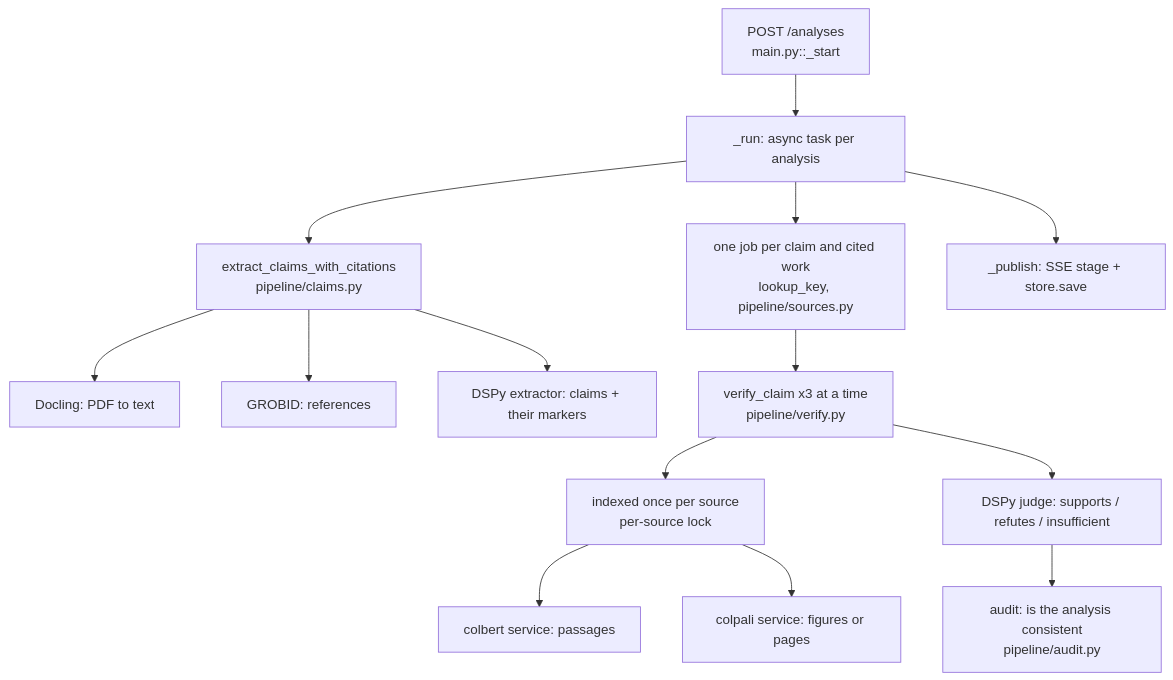
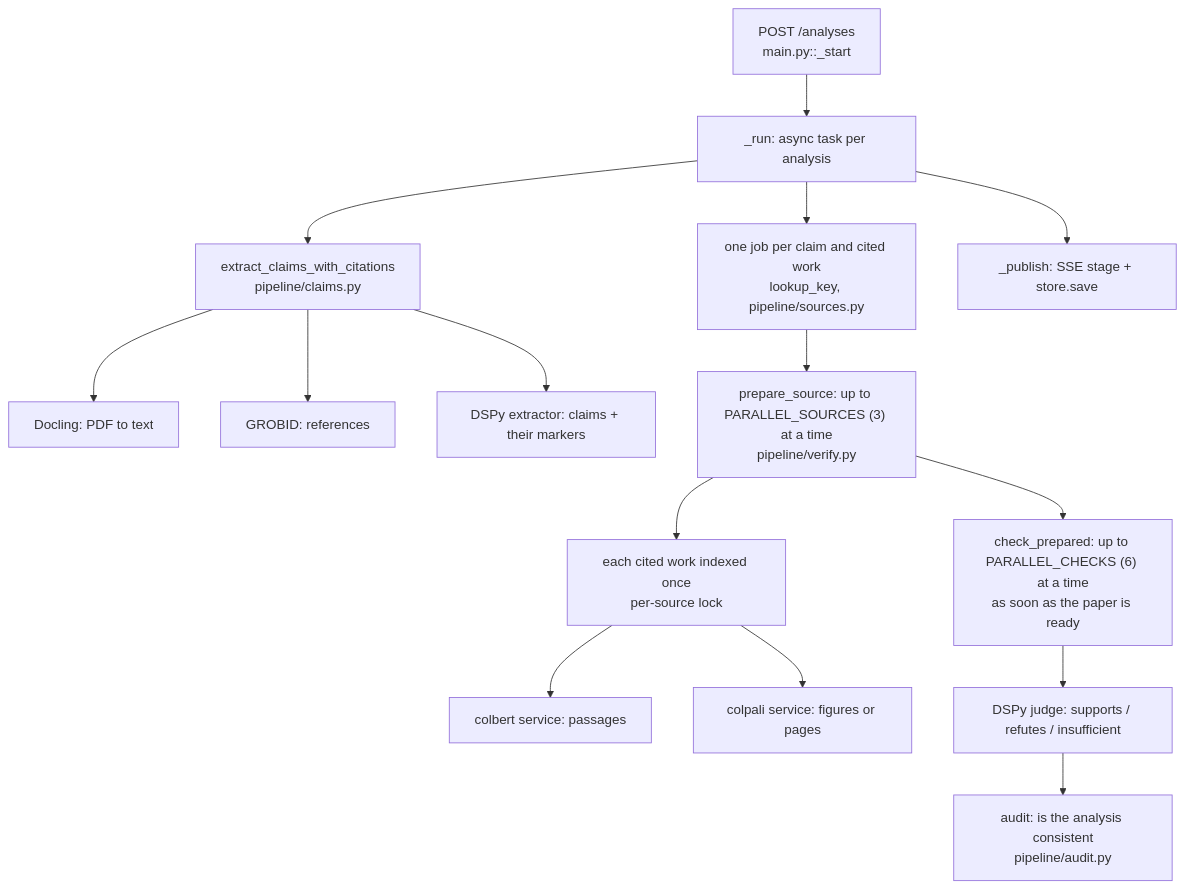
One commit to ZenithGeeks/SecretSource-prototype changed the first of 4 diagrams in ARCHITECTURE.md. Above: the diagram before and after it, drawn with Mermaid. The commit also changed other lines of this file and 7 other files, not shown here.

First line of the commit message:
docs(SCRUM-169): plain README and architecture notes, DSPy explained, screenshots and logo

````diff
--- a/ARCHITECTURE.md
+++ b/ARCHITECTURE.md
@@ -29,16 +29,17 @@
 ```mermaid
 flowchart TD
     POST["POST /analyses<br/>main.py::_start"] --> RUN["_run: async task per analysis"]
     RUN --> EXTRACT["extract_claims_with_citations<br/>pipeline/claims.py"]
     EXTRACT --> DOCLING["Docling: PDF to text"]
     EXTRACT --> GROBID["GROBID: references"]
     EXTRACT --> DSPY1["DSPy extractor: claims + their markers"]
     RUN --> JOBS["one job per claim and cited work<br/>lookup_key, pipeline/sources.py"]
-    JOBS --> VERIFY["verify_claim x3 at a time<br/>pipeline/verify.py"]
-    VERIFY --> INDEX["indexed once per source<br/>per-source lock"]
+    JOBS --> PREPARE["prepare_source: up to PARALLEL_SOURCES (3) at a time<br/>pipeline/verify.py"]
+    PREPARE --> INDEX["each cited work indexed once<br/>per-source lock"]
     INDEX --> COLBERT["colbert service: passages"]
     INDEX --> COLPALI["colpali service: figures or pages"]
-    VERIFY --> JUDGE["DSPy judge: supports / refutes / insufficient"]
+    PREPARE --> CHECK["check_prepared: up to PARALLEL_CHECKS (6) at a time<br/>as soon as the paper is ready"]
+    CHECK --> JUDGE["DSPy judge: supports / refutes / insufficient"]
     JUDGE --> AUDIT["audit: is the analysis consistent<br/>pipeline/audit.py"]
     RUN --> PUBLISH["_publish: SSE stage + store.save"]
 ```
````
